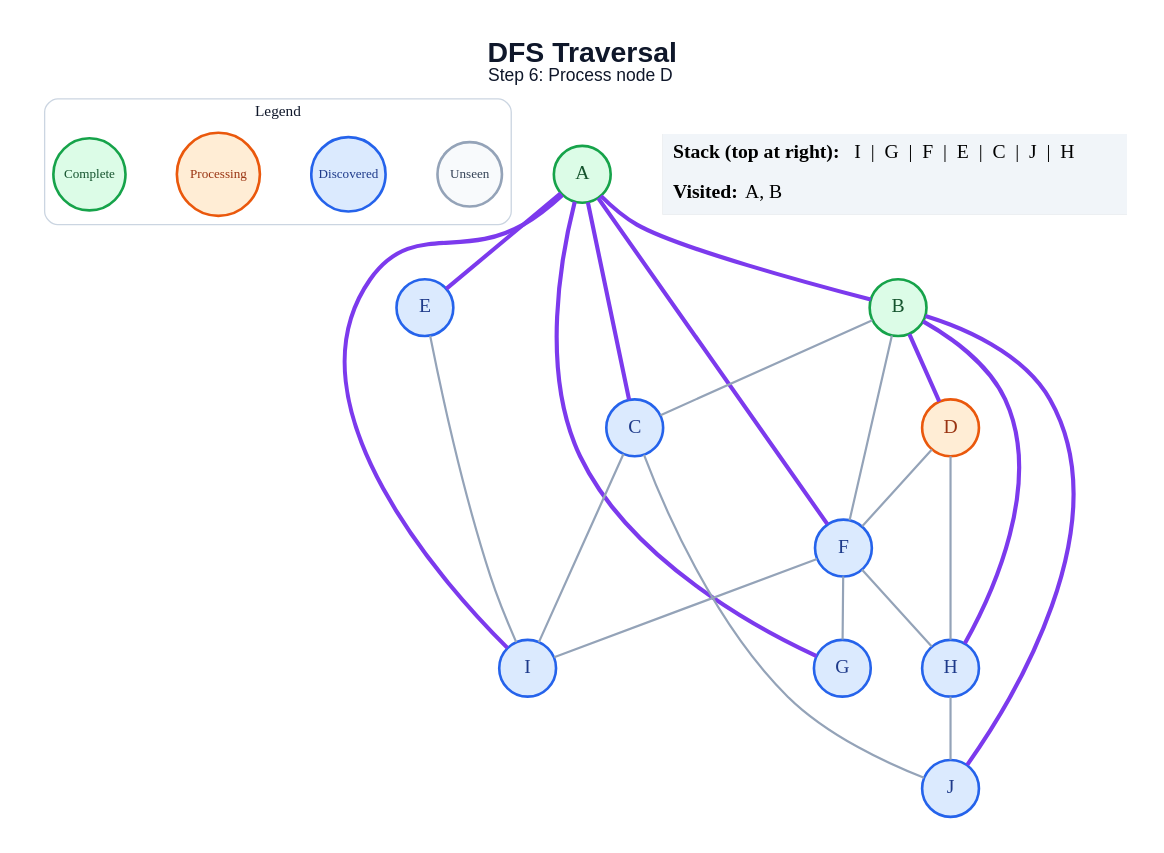
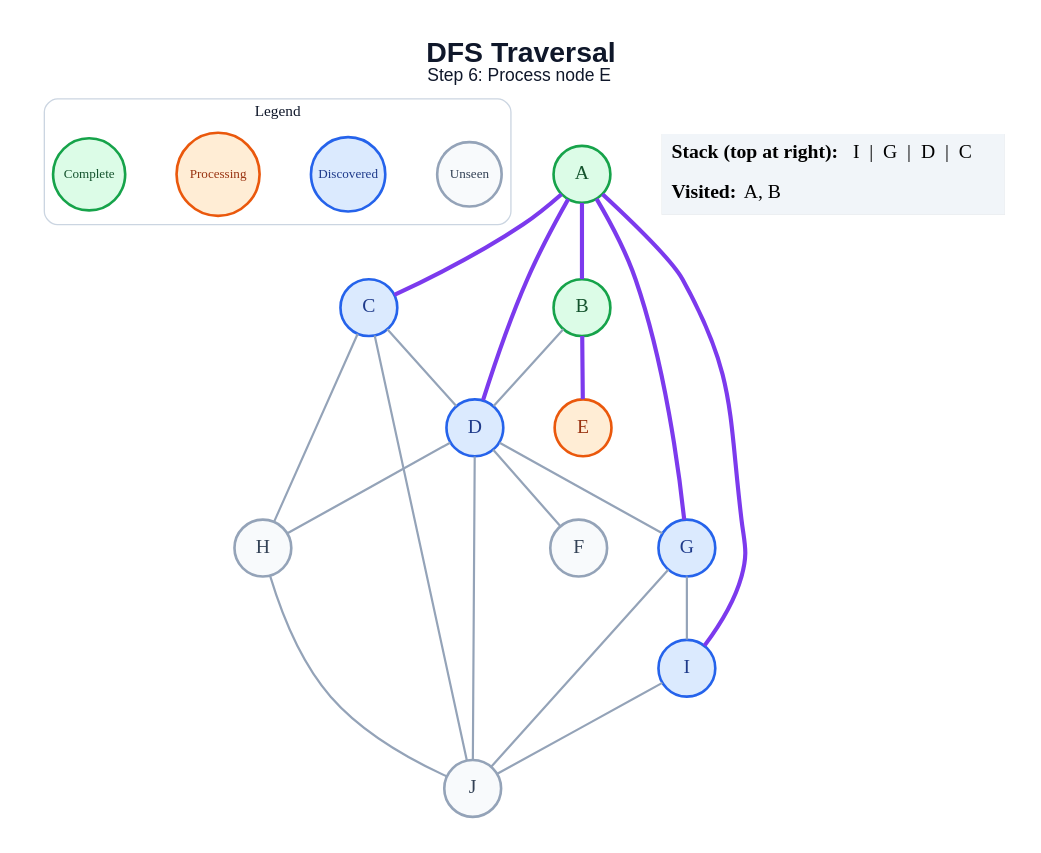
The diagram in generated/dfs/step_06.dot (anon7238593-create/ai-slop), drawn with Graphviz before and after one commit. The commit also changed 171 other files, not shown here.

```diff
--- a/generated/dfs/step_06.dot
+++ b/generated/dfs/step_06.dot
@@ -1,49 +1,47 @@
 graph traversal {
   graph [layout=dot, rankdir=TB, bgcolor="#FFFFFF", pad="0.35", nodesep="0.65", ranksep="0.8", fontname="Arial"];
   node [shape=circle, style="filled", fontname="Arial Bold", fontsize=18, width=0.72, fixedsize=true, penwidth=2.4];
   edge [color="#94A3B8", penwidth=2.0];
-  label=<<B>DFS Traversal</B><BR/><FONT POINT-SIZE="16">Step 6: Process node D</FONT>>; labelloc="t"; fontsize=26; fontname="Arial"; fontcolor="#0F172A";
+  label=<<B>DFS Traversal</B><BR/><FONT POINT-SIZE="16">Step 6: Process node E</FONT>>; labelloc="t"; fontsize=26; fontname="Arial"; fontcolor="#0F172A";
   subgraph cluster_legend { label="Legend"; color="#CBD5E1"; penwidth=1.2; style="rounded"; fontsize=14; fontname="Arial Bold";
     key_unseen [label="Unseen", fillcolor="#F8FAFC", color="#94A3B8", fontcolor="#334155", fontsize=12, width=0.82];
     key_frontier [label="Discovered", fillcolor="#DBEAFE", color="#2563EB", fontcolor="#1E3A8A", fontsize=12, width=0.95];
     key_current [label="Processing", fillcolor="#FFEDD5", color="#EA580C", fontcolor="#9A3412", fontsize=12, width=1.05];
     key_done [label="Complete", fillcolor="#DCFCE7", color="#16A34A", fontcolor="#14532D", fontsize=12, width=0.92];
     { rank=same; key_unseen; key_frontier; key_current; key_done; }
   }
   A [fillcolor="#DCFCE7", color="#16A34A", fontcolor="#14532D"];
   B [fillcolor="#DCFCE7", color="#16A34A", fontcolor="#14532D"];
   C [fillcolor="#DBEAFE", color="#2563EB", fontcolor="#1E3A8A"];
-  D [fillcolor="#FFEDD5", color="#EA580C", fontcolor="#9A3412"];
-  E [fillcolor="#DBEAFE", color="#2563EB", fontcolor="#1E3A8A"];
-  F [fillcolor="#DBEAFE", color="#2563EB", fontcolor="#1E3A8A"];
+  D [fillcolor="#DBEAFE", color="#2563EB", fontcolor="#1E3A8A"];
+  E [fillcolor="#FFEDD5", color="#EA580C", fontcolor="#9A3412"];
+  F [fillcolor="#F8FAFC", color="#94A3B8", fontcolor="#334155"];
   G [fillcolor="#DBEAFE", color="#2563EB", fontcolor="#1E3A8A"];
-  H [fillcolor="#DBEAFE", color="#2563EB", fontcolor="#1E3A8A"];
+  H [fillcolor="#F8FAFC", color="#94A3B8", fontcolor="#334155"];
   I [fillcolor="#DBEAFE", color="#2563EB", fontcolor="#1E3A8A"];
-  J [fillcolor="#DBEAFE", color="#2563EB", fontcolor="#1E3A8A"];
+  J [fillcolor="#F8FAFC", color="#94A3B8", fontcolor="#334155"];
   A -- B [color="#7C3AED", penwidth=3.8];
   A -- C [color="#7C3AED", penwidth=3.8];
-  A -- E [color="#7C3AED", penwidth=3.8];
-  A -- F [color="#7C3AED", penwidth=3.8];
+  A -- D [color="#7C3AED", penwidth=3.8];
   A -- G [color="#7C3AED", penwidth=3.8];
   A -- I [color="#7C3AED", penwidth=3.8];
-  B -- C;
-  B -- D [color="#7C3AED", penwidth=3.8];
-  B -- F;
-  B -- H [color="#7C3AED", penwidth=3.8];
-  B -- J [color="#7C3AED", penwidth=3.8];
-  C -- I;
+  B -- D;
+  B -- E [color="#7C3AED", penwidth=3.8];
+  C -- D;
+  C -- H;
   C -- J;
   D -- F;
+  D -- G;
   D -- H;
-  E -- I;
-  F -- G;
-  F -- H;
-  F -- I;
+  D -- J;
+  G -- I;
+  G -- J;
   H -- J;
+  I -- J;
   status [shape=plain, fixedsize=false, width=0, height=0, margin=0, label=<
     <TABLE BORDER="0" CELLBORDER="0" CELLPADDING="7" BGCOLOR="#F1F5F9">
-      <TR><TD ALIGN="LEFT"><B>Stack (top at right):</B> I  |  G  |  F  |  E  |  C  |  J  |  H</TD></TR>
+      <TR><TD ALIGN="LEFT"><B>Stack (top at right):</B> I  |  G  |  D  |  C</TD></TR>
       <TR><TD ALIGN="LEFT"><B>Visited:</B> A, B</TD></TR>
     </TABLE>
   >];
 }
```
